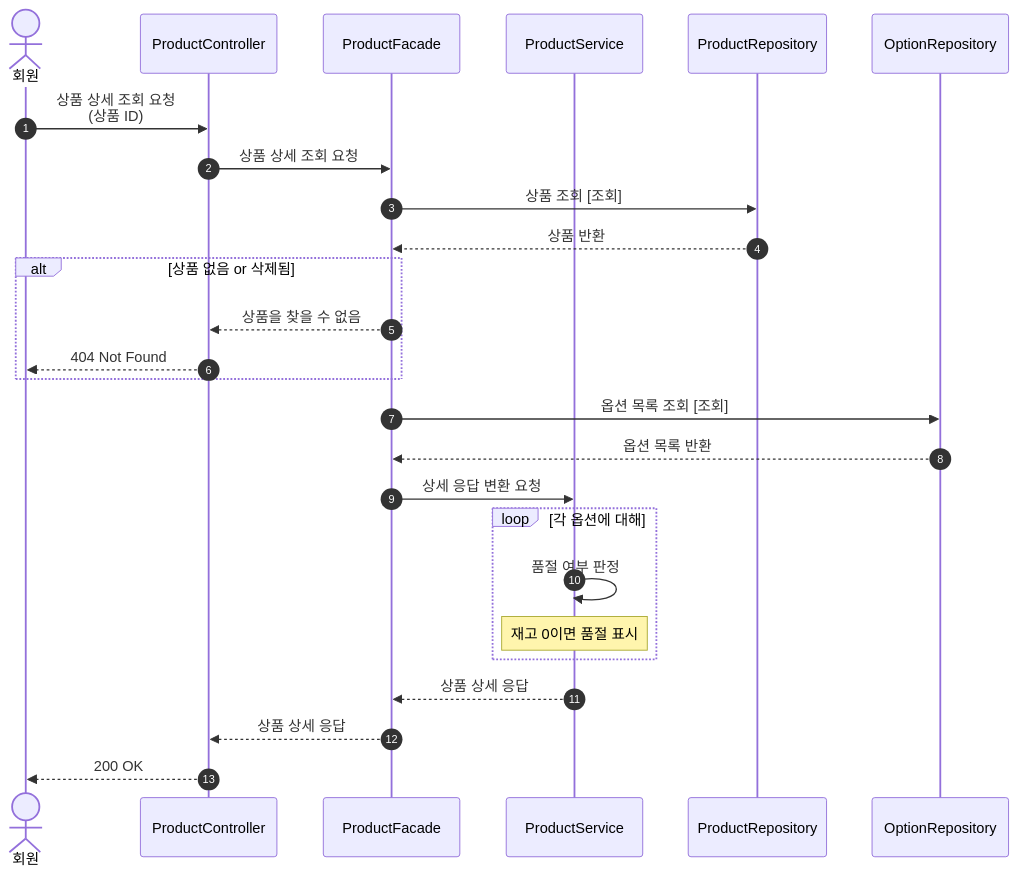
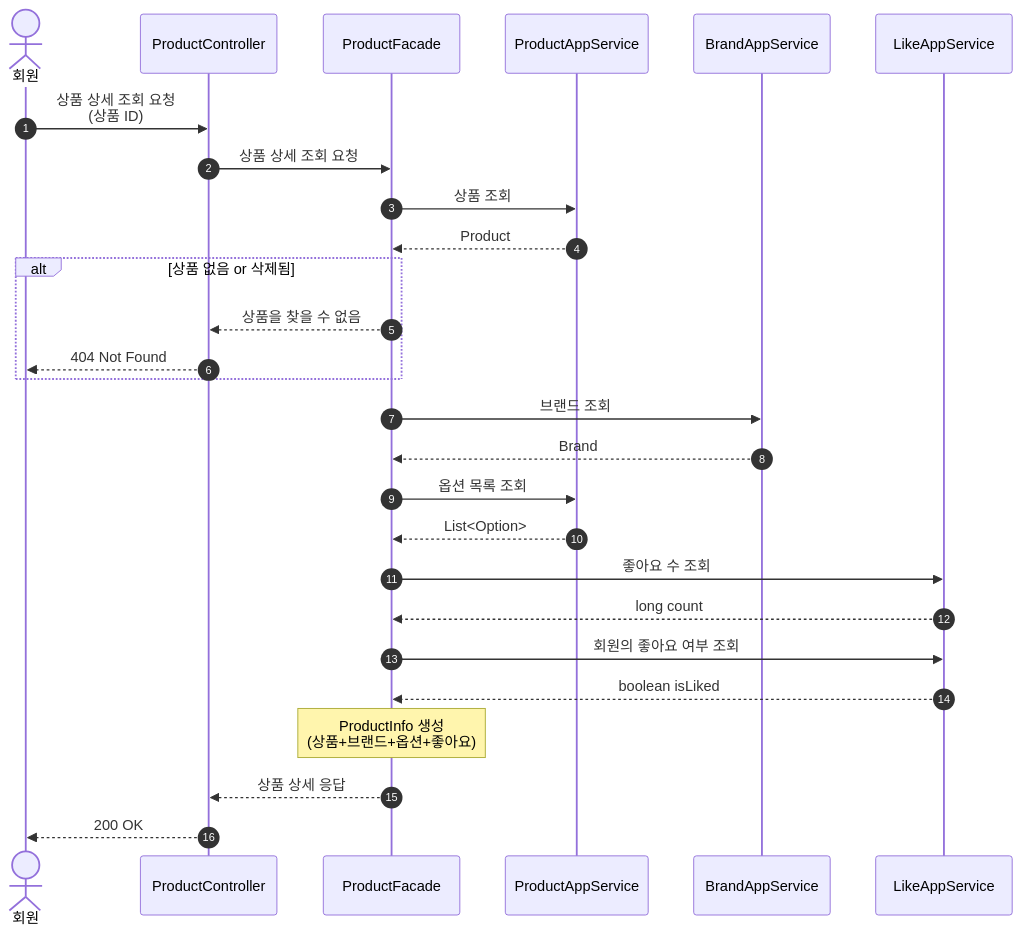
One commit to Loopers-dev-lab/loop-pack-be-l2-vol3-java changed the fifth of 14 diagrams in docs/design/02-sequence-diagrams.md. Above: the diagram before and after it, drawn with Mermaid. The commit also changed other lines of this file and 2 other files, not shown here.

````diff
--- a/docs/design/02-sequence-diagrams.md
+++ b/docs/design/02-sequence-diagrams.md
@@ -320,36 +311,42 @@
 ```mermaid
 sequenceDiagram
     autonumber
     actor 회원
     participant Controller as ProductController
     participant Facade as ProductFacade
-    participant Service as ProductService
-    participant ProductRepo as ProductRepository
-    participant OptionRepo as OptionRepository
+    participant ProductAS as ProductAppService
+    participant BrandAS as BrandAppService
+    participant LikeAS as LikeAppService
 
     회원->>Controller: 상품 상세 조회 요청<br/>(상품 ID)
     Controller->>Facade: 상품 상세 조회 요청
 
     %% 1. 상품 조회
-    Facade->>ProductRepo: 상품 조회 [조회]
-    ProductRepo-->>Facade: 상품 반환
+    Facade->>ProductAS: 상품 조회
+    ProductAS-->>Facade: Product
     alt 상품 없음 or 삭제됨
         Facade-->>Controller: 상품을 찾을 수 없음
         Controller-->>회원: 404 Not Found
     end
 
-    %% 2. 옵션 목록 조회
-    Facade->>OptionRepo: 옵션 목록 조회 [조회]
-    OptionRepo-->>Facade: 옵션 목록 반환
+    %% 2. 브랜드 조회
+    Facade->>BrandAS: 브랜드 조회
+    BrandAS-->>Facade: Brand
 
-    %% 3. 응답 변환
-    Facade->>Service: 상세 응답 변환 요청
-    loop 각 옵션에 대해
-        Service->>Service: 품절 여부 판정
-        Note over Service: 재고 0이면 품절 표시
-    end
-    Service-->>Facade: 상품 상세 응답
+    %% 3. 옵션 목록 조회
+    Facade->>ProductAS: 옵션 목록 조회
+    ProductAS-->>Facade: List<Option>
+
+    %% 4. 좋아요 정보 조회
+    Facade->>LikeAS: 좋아요 수 조회
+    LikeAS-->>Facade: long count
+
+    Facade->>LikeAS: 회원의 좋아요 여부 조회
+    LikeAS-->>Facade: boolean isLiked
+
+    %% 5. 응답 조립
+    Note over Facade: ProductInfo 생성<br/>(상품+브랜드+옵션+좋아요)
 
     Facade-->>Controller: 상품 상세 응답
     Controller-->>회원: 200 OK
 ```
````
